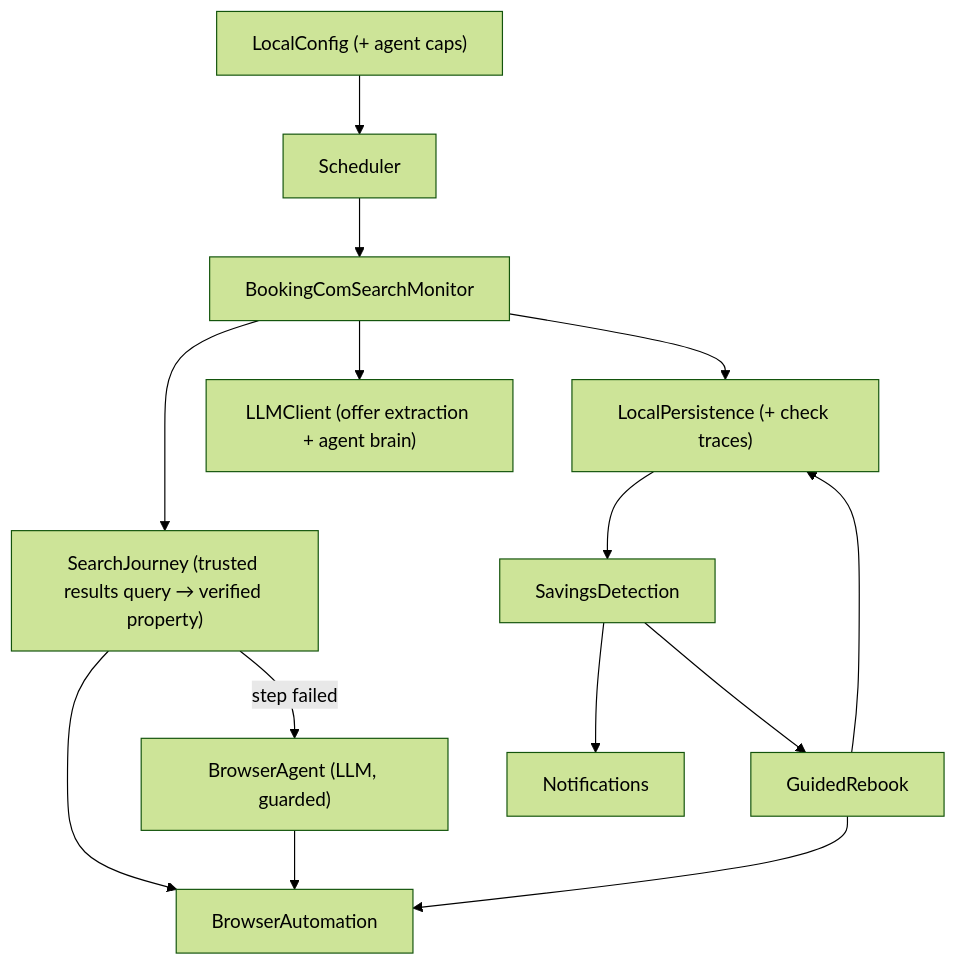
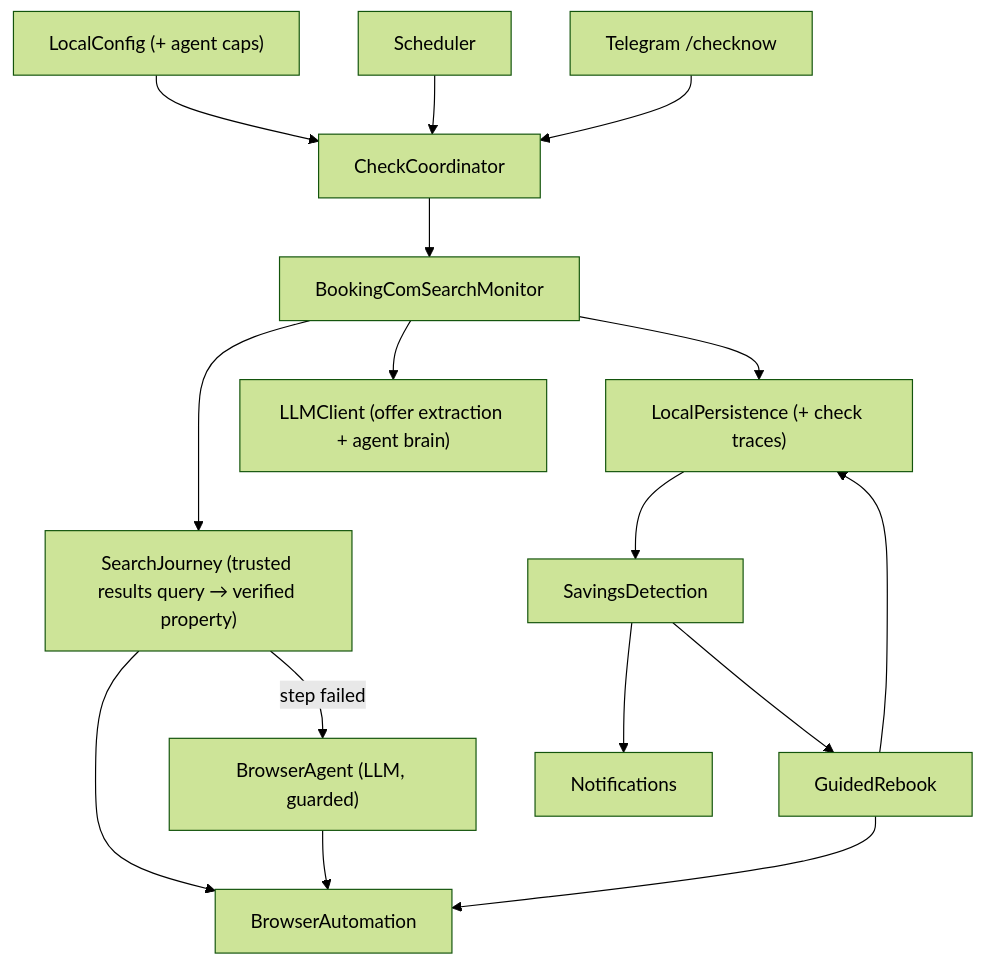
One commit to romkagribok/booksaver-agent changed the diagram in memory-bank/standards/system-architecture.md. Above: the diagram before and after it, drawn with Mermaid (forest theme). The commit also changed other lines of this file and 33 other files, not shown here.

Commit message:
feat: run booking checks on demand from Telegram

````diff
--- a/memory-bank/standards/system-architecture.md
+++ b/memory-bank/standards/system-architecture.md
@@ -7,16 +7,18 @@
 ```mermaid
 flowchart TB
-    Config["LocalConfig (+ agent caps)"] --> Scheduler["Scheduler"]
-    Scheduler --> Monitor["BookingComSearchMonitor"]
+    Config["LocalConfig (+ agent caps)"] --> Coordinator["CheckCoordinator"]
+    Scheduler["Scheduler"] --> Coordinator
+    Telegram["Telegram /checknow"] --> Coordinator
+    Coordinator --> Monitor["BookingComSearchMonitor"]
     Monitor --> Journey["SearchJourney (trusted results query → verified property)"]
     Journey --> Browser["BrowserAutomation"]
     Journey -- "step failed" --> Agent["BrowserAgent (LLM, guarded)"]
     Agent --> Browser
     Monitor --> LLM["LLMClient (offer extraction + agent brain)"]
     Monitor --> Store["LocalPersistence (+ check traces)"]
     Store --> Savings["SavingsDetection"]
     Savings --> Notify["Notifications"]
     Savings --> Rebook["GuidedRebook"]
     Rebook --> Browser
     Rebook --> Store
 ```
````
